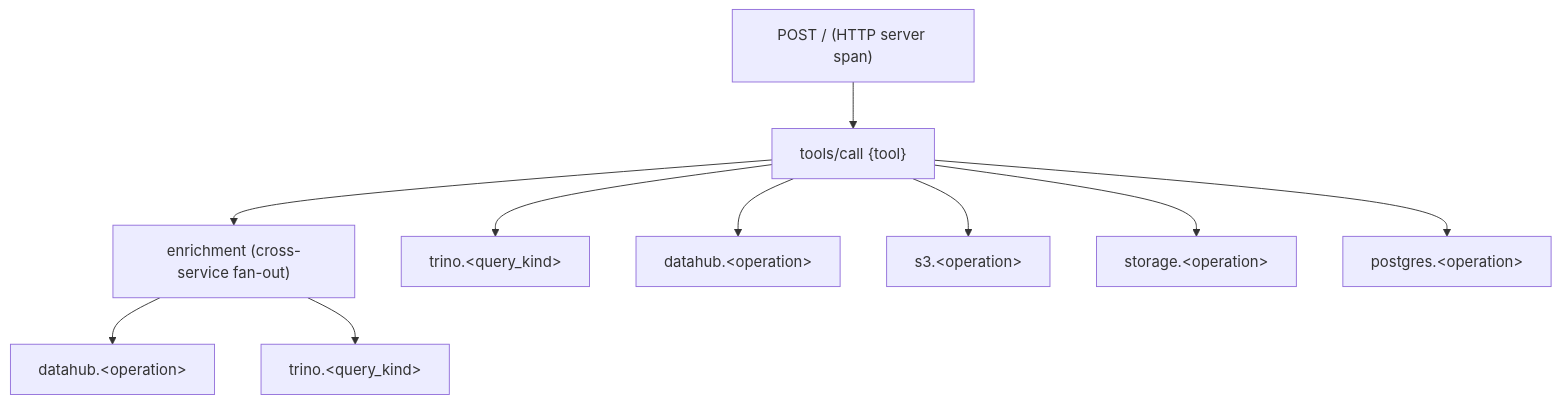
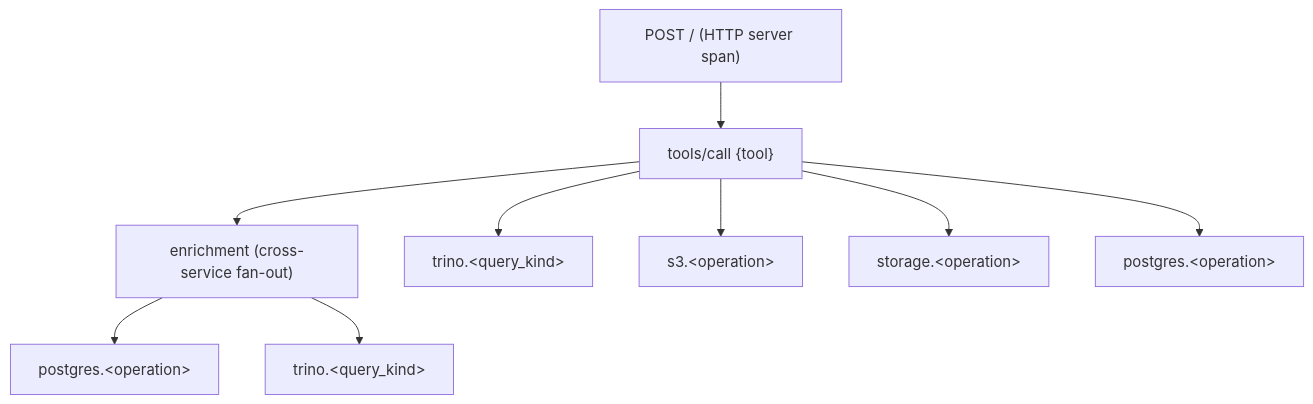
One commit to txn2/mcp-data-platform changed the diagram in docs/server/observability.md. Above: the diagram before and after it, drawn with Mermaid. The commit also changed other lines of this file and 746 other files, not shown here.

First line of the commit message:
feat(catalog): portal catalog, search/fetch reads, DataHub removed (#1916) (#2123)

````diff
--- a/docs/server/observability.md
+++ b/docs/server/observability.md
@@ -1239,12 +1224,11 @@
 ```mermaid
 graph TD
     HTTP["POST / (HTTP server span)"] --> Root["tools/call {tool}"]
     Root --> Enrich["enrichment (cross-service fan-out)"]
     Root --> Trino["trino.&lt;query_kind&gt;"]
-    Root --> DataHub["datahub.&lt;operation&gt;"]
     Root --> S3["s3.&lt;operation&gt;"]
     Root --> Storage["storage.&lt;operation&gt;"]
     Root --> PG["postgres.&lt;operation&gt;"]
-    Enrich --> DataHubE["datahub.&lt;operation&gt;"]
+    Enrich --> PGE["postgres.&lt;operation&gt;"]
     Enrich --> TrinoE["trino.&lt;query_kind&gt;"]
 ```
````
